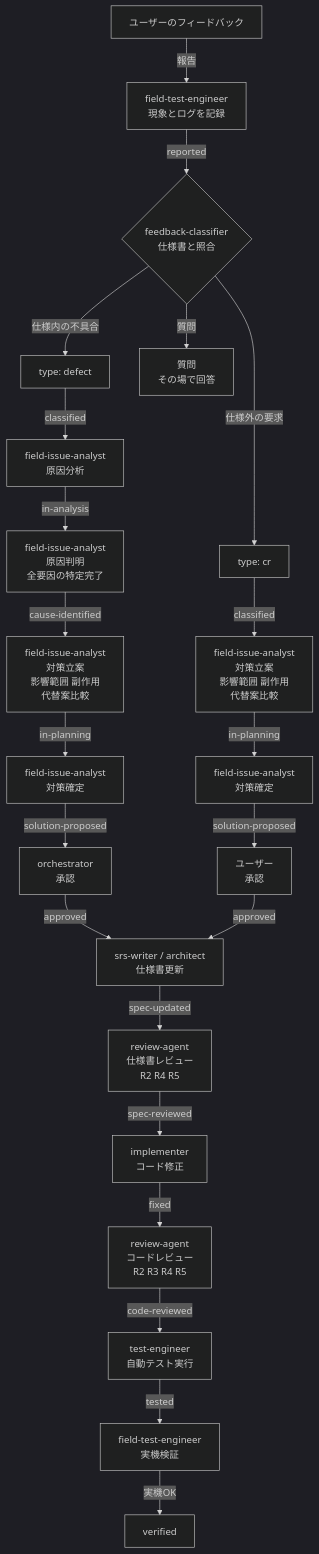
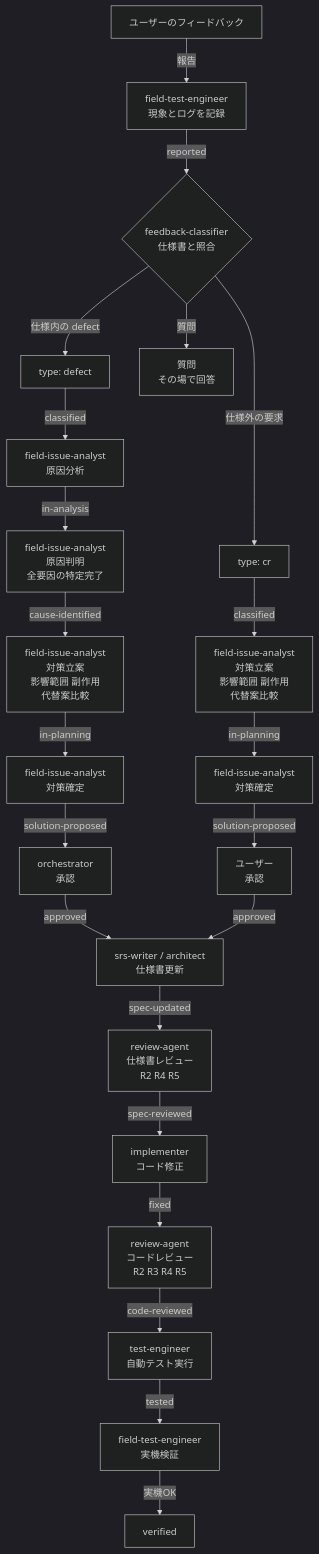
Before and after one commit to GoodRelax/gr-sw-maker: the diagram in framework-src/ja/process-rules/field-issue-handling-rules.md, drawn with Mermaid (dark theme). The commit also changed other lines of this file and 20 other files, not shown here.

````diff
--- a/framework-src/ja/process-rules/field-issue-handling-rules.md
+++ b/framework-src/ja/process-rules/field-issue-handling-rules.md
@@ -59,52 +59,52 @@
 ```mermaid
 flowchart TD
     Start["ユーザーのフィードバック"]
     FTE["field-test-engineer<br/>現象とログを記録"]
     FC{"feedback-classifier<br/>仕様書と照合"}
     DEF["type: defect"]
     CR["type: cr"]
     Q["質問<br/>その場で回答"]
 
     FIA_D1["field-issue-analyst<br/>原因分析"]
     FIA_D2["field-issue-analyst<br/>原因判明<br/>全要因の特定完了"]
     FIA_D3["field-issue-analyst<br/>対策立案<br/>影響範囲 副作用<br/>代替案比較"]
     FIA_D4["field-issue-analyst<br/>対策確定"]
 
     FIA_C1["field-issue-analyst<br/>対策立案<br/>影響範囲 副作用<br/>代替案比較"]
     FIA_C2["field-issue-analyst<br/>対策確定"]
 
     ORC["orchestrator<br/>承認"]
     USR["ユーザー<br/>承認"]
     SPEC["srs-writer / architect<br/>仕様書更新"]
     SREV["review-agent<br/>仕様書レビュー<br/>R2 R4 R5"]
     IMP["implementer<br/>コード修正"]
     CREV["review-agent<br/>コードレビュー<br/>R2 R3 R4 R5"]
     TE["test-engineer<br/>自動テスト実行"]
     FTE2["field-test-engineer<br/>実機検証"]
     DONE["verified"]
 
     Start -->|"報告"| FTE
     FTE -->|"reported"| FC
-    FC -->|"仕様内の不具合"| DEF
+    FC -->|"仕様内の defect"| DEF
     FC -->|"仕様外の要求"| CR
     FC -->|"質問"| Q
 
     DEF -->|"classified"| FIA_D1
     FIA_D1 -->|"in-analysis"| FIA_D2
     FIA_D2 -->|"cause-identified"| FIA_D3
     FIA_D3 -->|"in-planning"| FIA_D4
     FIA_D4 -->|"solution-proposed"| ORC
 
     CR -->|"classified"| FIA_C1
     FIA_C1 -->|"in-planning"| FIA_C2
     FIA_C2 -->|"solution-proposed"| USR
 
     ORC -->|"approved"| SPEC
     USR -->|"approved"| SPEC
     SPEC -->|"spec-updated"| SREV
     SREV -->|"spec-reviewed"| IMP
     IMP -->|"fixed"| CREV
     CREV -->|"code-reviewed"| TE
     TE -->|"tested"| FTE2
     FTE2 -->|"実機OK"| DONE
 ```
````
